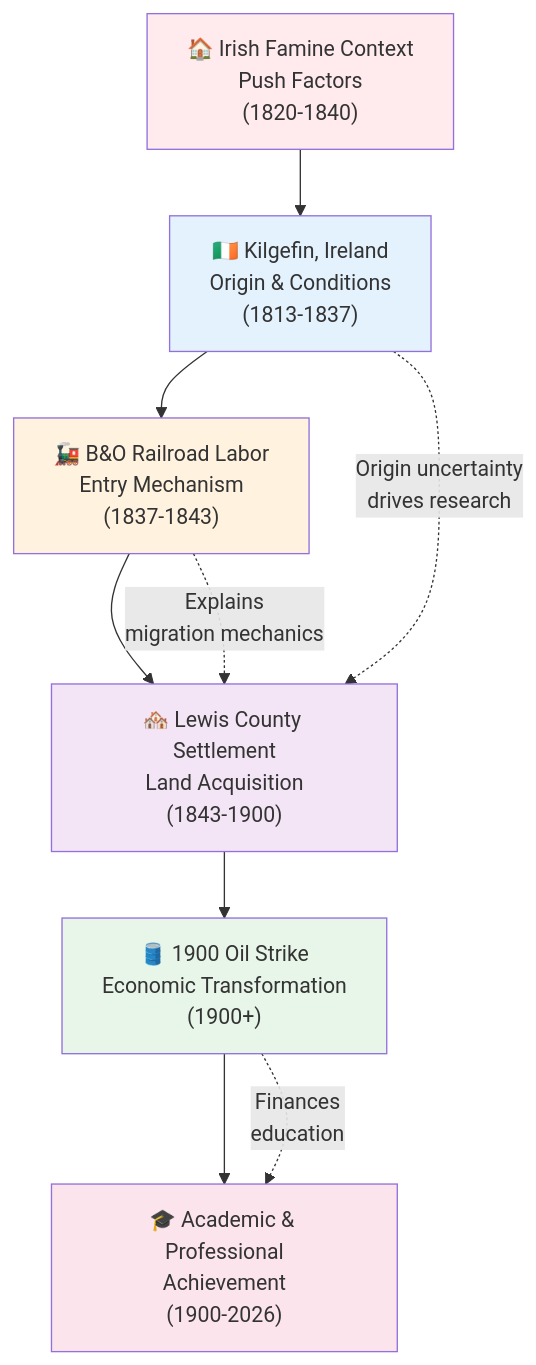
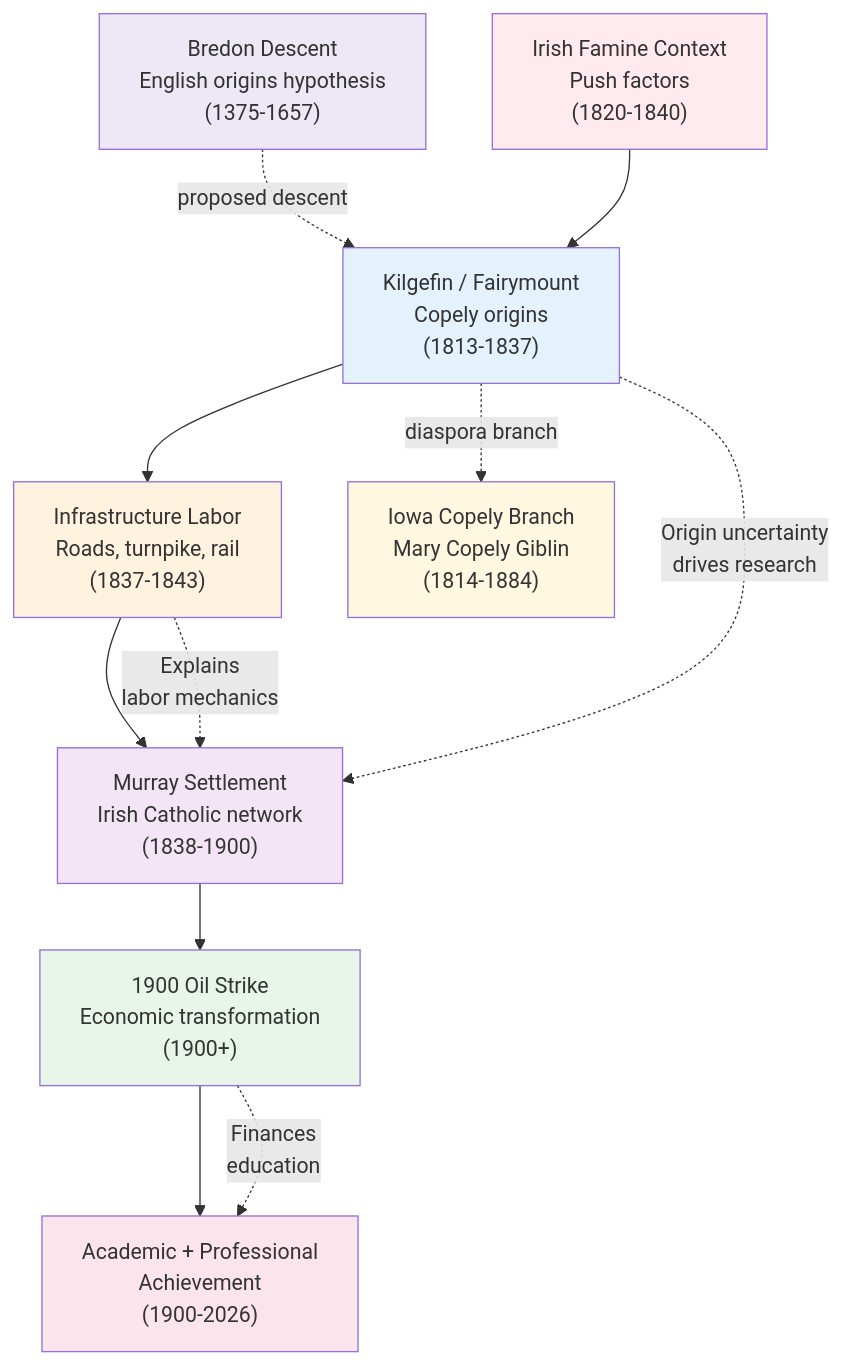
One commit to zcopley/copley-family-research changed the diagram in Topics and Themes.md. Above: the diagram before and after it, drawn with Mermaid. The commit also changed other lines of this file and 12 other files, not shown here.

````diff
--- a/Topics and Themes.md
+++ b/Topics and Themes.md
@@ -121,26 +149,32 @@
 ```mermaid
 graph TB
-    A["🇮🇪 Kilgefin, Ireland<br/>Origin & Conditions<br/>(1813-1837)"]
-    B["🚂 B&O Railroad Labor<br/>Entry Mechanism<br/>(1837-1843)"]
-    C["🏘️ Lewis County Settlement<br/>Land Acquisition<br/>(1843-1900)"]
-    D["🛢️ 1900 Oil Strike<br/>Economic Transformation<br/>(1900+)"]
-    E["🎓 Academic & Professional<br/>Achievement<br/>(1900-2026)"]
-    F["🏠 Irish Famine Context<br/>Push Factors<br/>(1820-1840)"]
+    A["Kilgefin / Fairymount<br/>Copely origins<br/>(1813-1837)"]
+    B["Infrastructure Labor<br/>Roads, turnpike, rail<br/>(1837-1843)"]
+    C["Murray Settlement<br/>Irish Catholic network<br/>(1838-1900)"]
+    D["1900 Oil Strike<br/>Economic transformation<br/>(1900+)"]
+    E["Academic + Professional<br/>Achievement<br/>(1900-2026)"]
+    F["Irish Famine Context<br/>Push factors<br/>(1820-1840)"]
+    G["Bredon Descent<br/>English origins hypothesis<br/>(1375-1657)"]
+    H["Iowa Copely Branch<br/>Mary Copely Giblin<br/>(1814-1884)"]
     
+    G -.->|proposed descent| A
     F --> A
     A --> B
     B --> C
     C --> D
     D --> E
+    A -.->|diaspora branch| H
     
     A -.->|Origin uncertainty<br/>drives research| C
-    B -.->|Explains<br/>migration mechanics| C
+    B -.->|Explains<br/>labor mechanics| C
     D -.->|Finances<br/>education| E
     
     style A fill:#e3f2fd
     style B fill:#fff3e0
     style C fill:#f3e5f5
     style D fill:#e8f5e9
     style E fill:#fce4ec
     style F fill:#ffebee
+    style G fill:#ede7f6
+    style H fill:#fff8e1
 ```
````
